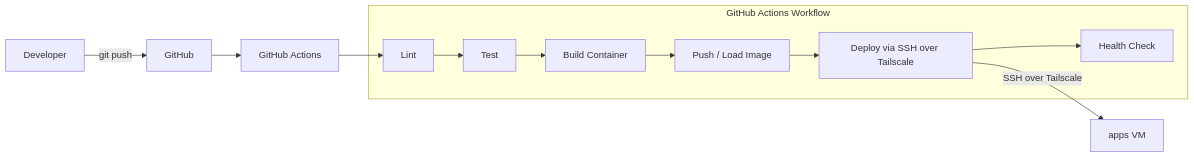
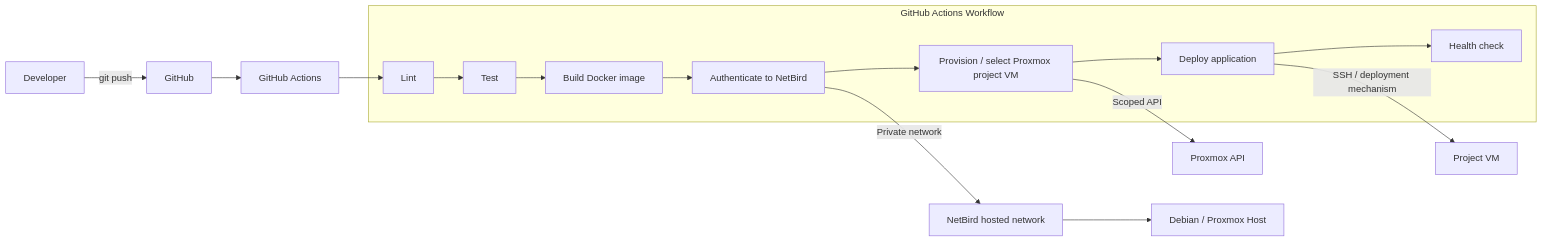
The first of 2 diagrams in docs/architecture/03-deployment.md (JT2M0L3Y/homelab), drawn with Mermaid before and after one commit. The commit also changed other lines of this file and 13 other files, not shown here.

````diff
--- a/docs/architecture/03-deployment.md
+++ b/docs/architecture/03-deployment.md
@@ -5,17 +5,21 @@
 ```mermaid
 flowchart LR
     Dev[Developer] -->|git push| GH[GitHub]
     GH --> GHA[GitHub Actions]
 
     subgraph Pipeline["GitHub Actions Workflow"]
         Lint[Lint]
         Test[Test]
-        Build[Build Container]
-        Push[Push / Load Image]
-        Deploy[Deploy via SSH over Tailscale]
-        Verify[Health Check]
+        Build[Build Docker image]
+        Connect[Authenticate to NetBird]
+        Provision[Provision / select Proxmox project VM]
+        Deploy[Deploy application]
+        Verify[Health check]
     end
 
-    GHA --> Lint --> Test --> Build --> Push --> Deploy --> Verify
-    Deploy -->|SSH over Tailscale| Apps[apps VM]
+    GHA --> Lint --> Test --> Build --> Connect --> Provision --> Deploy --> Verify
+    Connect -->|Private network| NB[NetBird hosted network]
+    NB --> Host[Debian / Proxmox Host]
+    Provision -->|Scoped API| PVE[Proxmox API]
+    Deploy -->|SSH / deployment mechanism| VM[Project VM]
 ```
````
